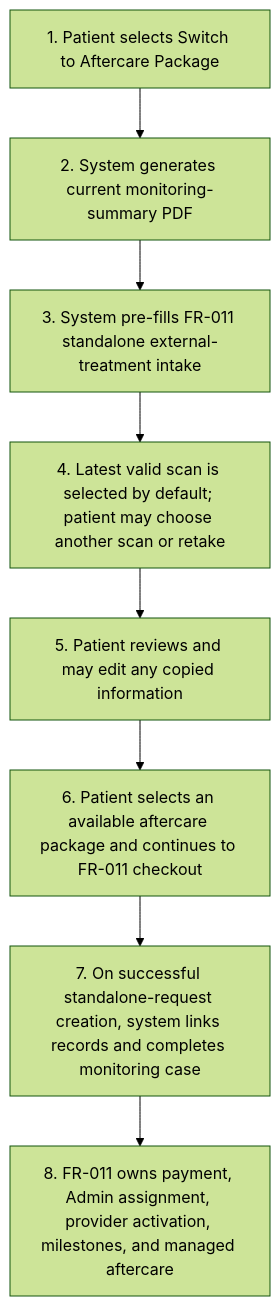
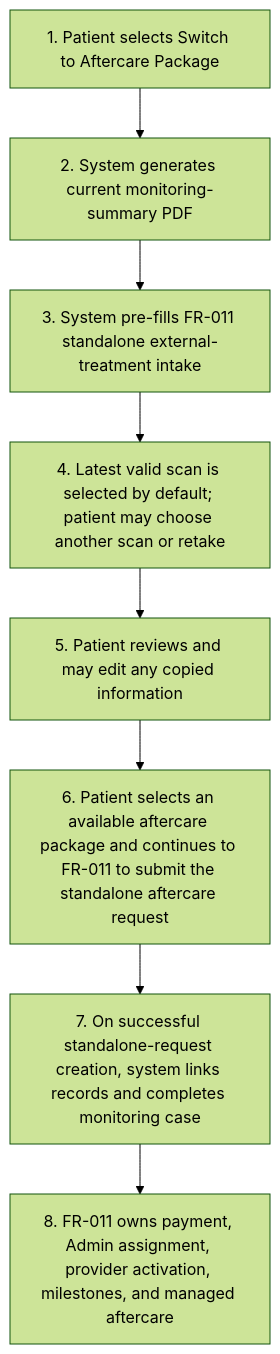
Before and after one commit to joachimtrungtuan/hairline-pm-docs: the third of 6 diagrams in project-requirements/functional-requirements/fr038-monitor-transplant-progress/prd.md, drawn with Mermaid (forest theme). The commit also changed other lines of this file and 11 other files, not shown here.

Commit message:
docs(graph): mark back links and align wording after consistency review

````diff
--- a/project-requirements/functional-requirements/fr038-monitor-transplant-progress/prd.md
+++ b/project-requirements/functional-requirements/fr038-monitor-transplant-progress/prd.md
@@ -123,10 +123,10 @@
 ```mermaid
 flowchart TD
     A2S1["1. Patient selects Switch to Aftercare Package"] --> A2S2["2. System generates current monitoring-summary PDF"]
     A2S2 --> A2S3["3. System pre-fills FR-011 standalone external-treatment intake"]
     A2S3 --> A2S4["4. Latest valid scan is selected by default; patient may choose another scan or retake"]
     A2S4 --> A2S5["5. Patient reviews and may edit any copied information"]
-    A2S5 --> A2S6["6. Patient selects an available aftercare package and continues to FR-011 checkout"]
+    A2S5 --> A2S6["6. Patient selects an available aftercare package and continues to FR-011 to submit the standalone aftercare request"]
     A2S6 --> A2S7["7. On successful standalone-request creation, system links records and completes monitoring case"]
     A2S7 --> A2S8["8. FR-011 owns payment, Admin assignment, provider activation, milestones, and managed aftercare"]
 ```
````
